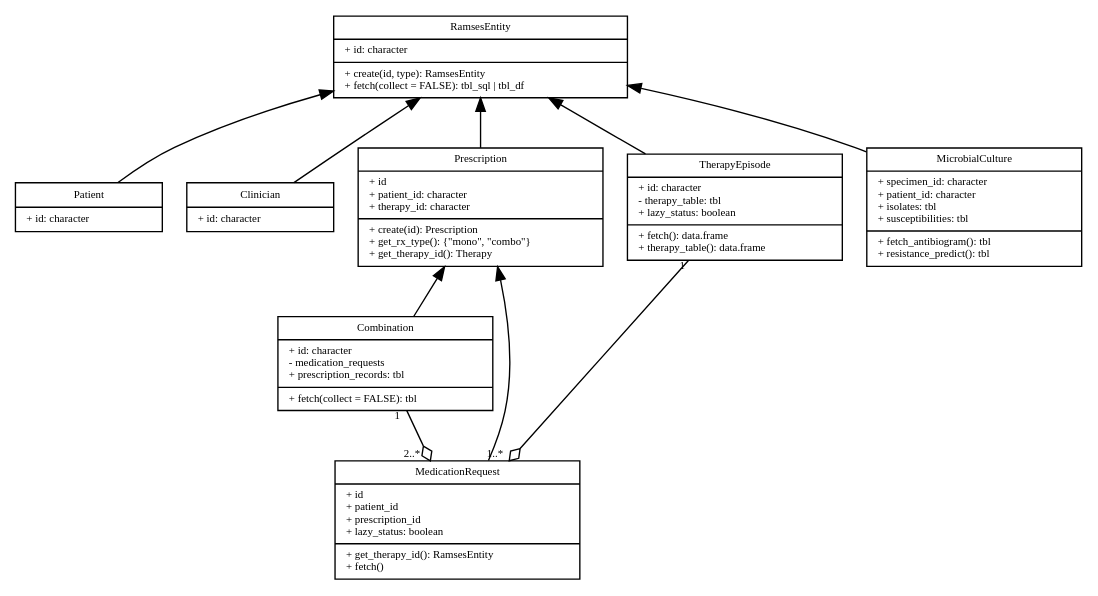
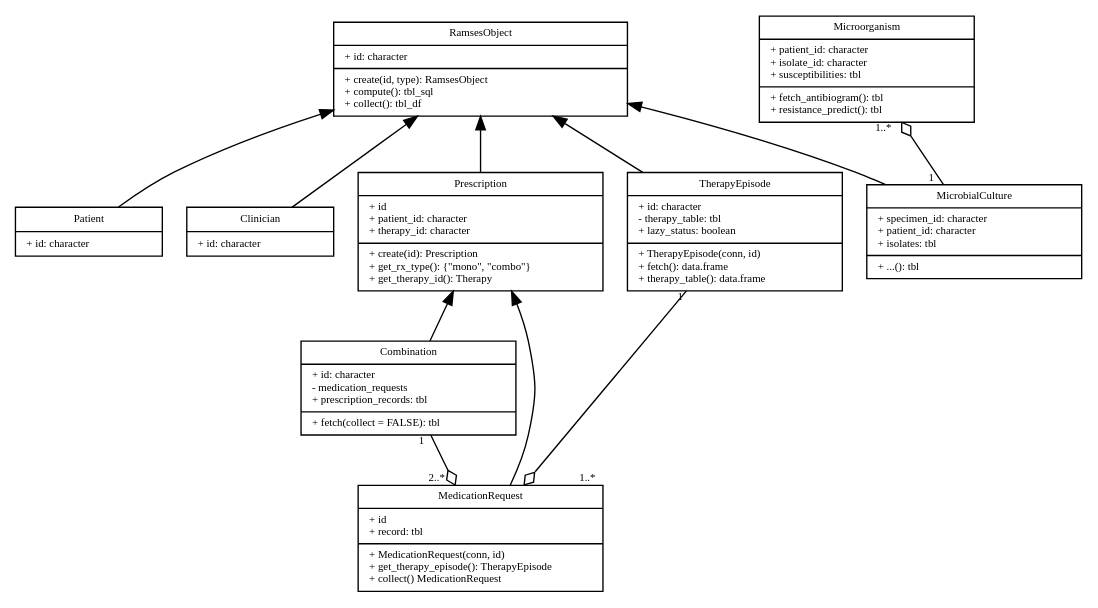
Before and after one commit to ramses-antibiotics/ramses-package: the diagram in vignettes/diagrams/objects-main.gv, drawn with Graphviz. The commit also changed 2 other files, not shown here.

Commit message:
update UML diagrams and pilot S4 class TherapyEpisode

```diff
--- a/vignettes/diagrams/objects-main.gv
+++ b/vignettes/diagrams/objects-main.gv
@@ -1,129 +1,143 @@
 digraph G {
   fontsize = 8
 
   node [
           fontname = "Droid Sans Mono"
           fontsize = 8
           shape = "record"
           width = 1.5
   ]
 
   edge [
           fontname = "Droid Sans Mono"
           fontsize = 8
   ]
 
 # arrowheads
 # Association open
 # Inheritance empty
 # Realisation/implementation empty + style=dashed
 # Dependency open + style=dashed
 # Aggregation odiamond
 # Composition diamond
 
-RamsesEntity [
+RamsesObject [
   width = 3
-  label = "{RamsesEntity|
+  label = "{RamsesObject|
   + id: character\l|
   
-  + create(id, type): RamsesEntity\l
-  + fetch(collect = FALSE): tbl_sql \| tbl_df \l}"
+  + create(id, type): RamsesObject\l
+  + compute(): tbl_sql\l
+  + collect(): tbl_df \l}"
 ]
 
 Patient [
   label = "{Patient|
   + id: character\l}"
 ]
 
 Clinician [
   label = "{Clinician|
   + id: character\l}"
 ]
 
 Prescription [
   width = 2.5
   label = "{Prescription|
   + id\l
   + patient_id: character\l
   + therapy_id: character\l|
   
   + create(id): Prescription\l
   + get_rx_type(): \{\"mono\", \"combo\"\}\l
   + get_therapy_id(): Therapy\l}"
 ]
 
 Combination [
   width = 2.2
   label = "{Combination|
   + id: character\l
   - medication_requests\l
   + prescription_records: tbl\l|
   
   + fetch(collect = FALSE): tbl\l}"
 ]
 
 MedicationRequest [
   width = 2.5
   label = "{MedicationRequest|
   + id \l
-  + patient_id \l
-  + prescription_id\l
-  + lazy_status: boolean\l|
+  + record: tbl \l|
   
-  + get_therapy_id(): RamsesEntity\l
-  + fetch()\l}"
+  + MedicationRequest(conn, id)\l
+  + get_therapy_episode(): TherapyEpisode\l
+  + collect() MedicationRequest \l}"
 ]
 
 TherapyEpisode [
   width = 2.2
   label = "{TherapyEpisode|
   + id: character\l
   - therapy_table: tbl\l
   + lazy_status: boolean\l|
   
+  + TherapyEpisode(conn, id)\l
   + fetch(): data.frame\l
   + therapy_table(): data.frame\l}"
 ]
 
 MicrobialCulture [
   width = 2.2
   label = "{MicrobialCulture|
   + specimen_id: character\l
   + patient_id: character\l
-  + isolates: tbl\l
+  + isolates: tbl\l|
+
+  + ...(): tbl\l}"
+]
+
+Microorganism [
+  width = 2.2
+  label = "{Microorganism|
+  + patient_id: character\l
+  + isolate_id: character\l
+  
   + susceptibilities: tbl\l|
   
   + fetch_antibiogram(): tbl\l
   + resistance_predict(): tbl\l}"
 ]
  
 /*
 TherapyList [
 label = "{TherapyList|\l+ id: list\l+ type: \"therapy-list\"\l- TherapyTable: tbl\l+ lazy_status: boolean\l|+ fetch(): data.frame\l + therapy_table(): list\l}"
 ]
 */
 
-RamsesEntity -> Prescription [dir=back]
-RamsesEntity -> Patient [dir=back]
-RamsesEntity -> Clinician [dir=back]
-RamsesEntity -> MicrobialCulture [dir=back]
-RamsesEntity -> TherapyEpisode [dir=back]
+RamsesObject -> Prescription [dir=back]
+RamsesObject -> Patient [dir=back]
+RamsesObject -> Clinician [dir=back]
+RamsesObject -> MicrobialCulture [dir=back]
+RamsesObject -> TherapyEpisode [dir=back]
 
 Prescription -> Combination [dir=back] 
 Prescription -> MedicationRequest [dir=back]
 TherapyEpisode -> MedicationRequest [ constraint=false
   arrowhead=odiamond
   headlabel = "                   1..*"
   taillabel = "      1"]
 Combination -> MedicationRequest [
   arrowhead=odiamond
   headlabel = "2..*   "
   taillabel = "1  "]
-
+MicrobialCulture -> Microorganism [ constraint=false
+  arrowhead=odiamond
+  headlabel = "1..*   "
+  taillabel = "1   "]
 /*
 TherapyEpisode -> TherapyList [constraint=false
   arrowtail=odiamond
   headlabel = "2..*  "
   taillabel = "0..*  "]
 */  
 }
```
